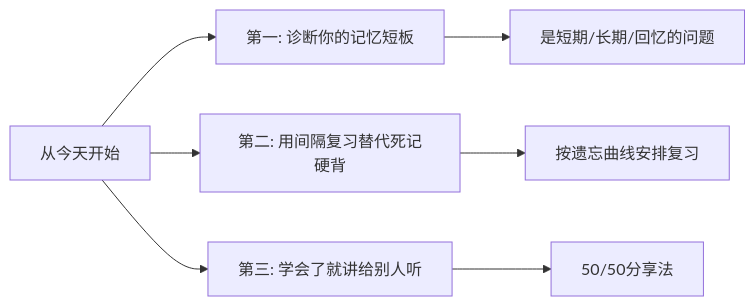
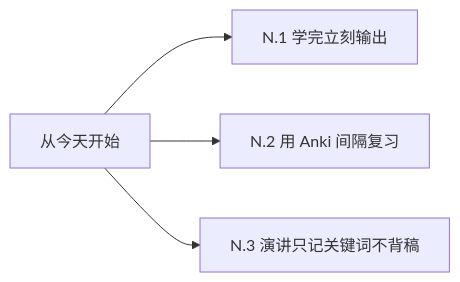
Before and after one commit to chongyang211/YCBookBlog: the seventh of 7 diagrams in 10.打工充平常记录/10.自我精进七课/07.底层思维的训练/7.4记忆能力的训练.md, drawn with Mermaid. The commit also changed other lines of this file and 55 other files, not shown here.

````diff
--- a/10.打工充平常记录/10.自我精进七课/07.底层思维的训练/7.4记忆能力的训练.md
+++ b/10.打工充平常记录/10.自我精进七课/07.底层思维的训练/7.4记忆能力的训练.md
@@ -365,9 +264,6 @@
 ```mermaid
 graph LR
-    A[从今天开始] --> B[第一: 诊断你的记忆短板]
-    A --> C[第二: 用间隔复习替代死记硬背]
-    A --> D[第三: 学会了就讲给别人听]
-    B --> B1[是短期/长期/回忆的问题]
-    C --> C1[按遗忘曲线安排复习]
-    D --> D1[50/50分享法]
+    A[从今天开始] --> B[N.1 学完立刻输出]
+    A --> C[N.2 用 Anki 间隔复习]
+    A --> D[N.3 演讲只记关键词不背稿]
 ```
````
